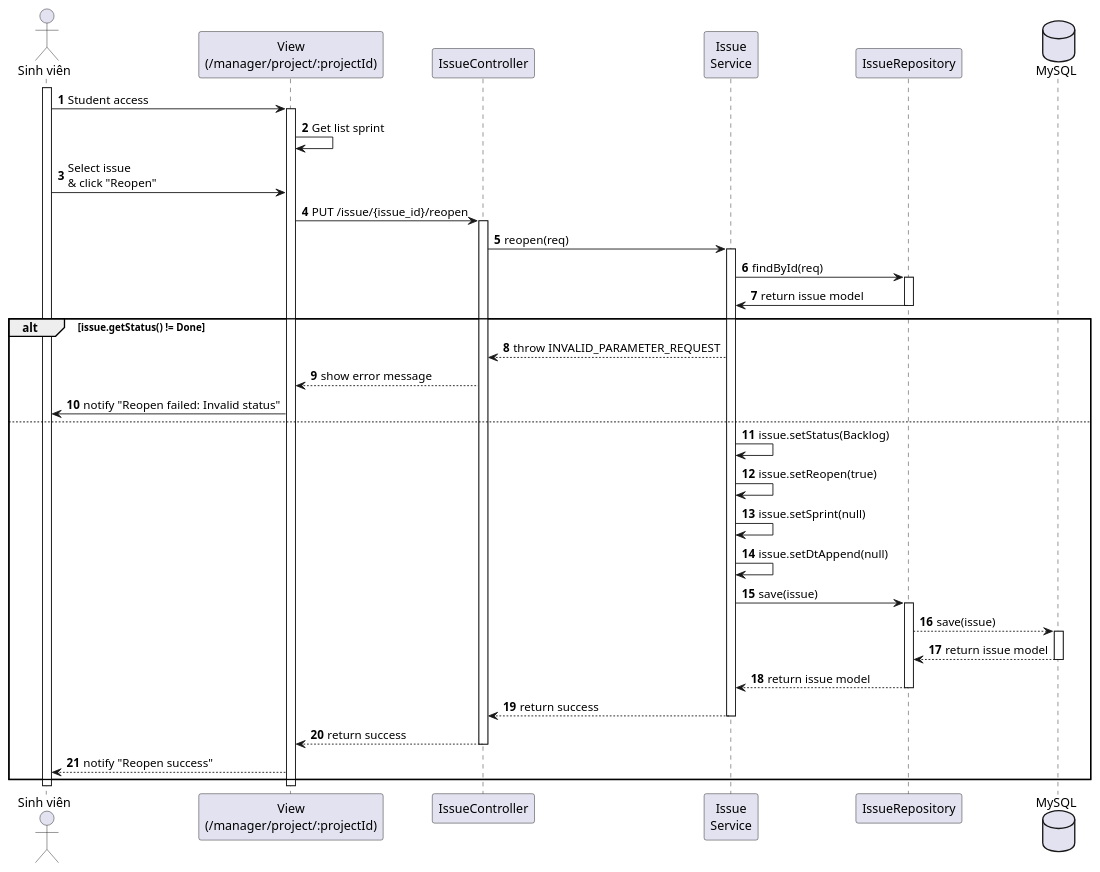
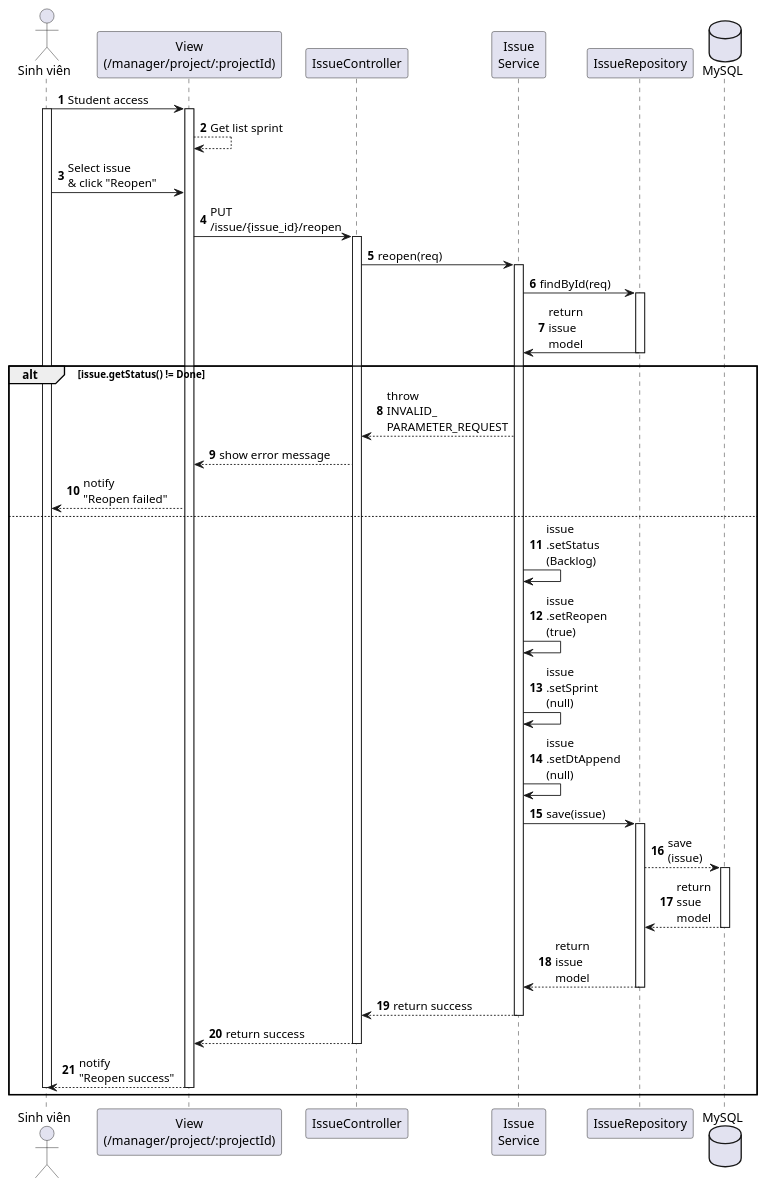
The diagram in swagger/sequence/student/issue_reopen.puml (tandang2003/KLTN-Agile-Scrum-Tuan-Duc), drawn with PlantUML before and after one commit. The commit also changed 29 other files, not shown here.

Commit message:
add sequence

```diff
--- a/swagger/sequence/student/issue_reopen.puml
+++ b/swagger/sequence/student/issue_reopen.puml
@@ -1,53 +1,53 @@
 @startuml
 autonumber
 
 actor "Sinh viên" as SV
 participant "View\n(/manager/project/:projectId)" as View
 participant "IssueController" as Controller
 participant "Issue\nService" as Service
 participant "IssueRepository" as Repo
 database "MySQL" as MySQL
 
+SV -> View : Student access
 activate SV
-SV -> View : Student access
 activate View
-View -> View : Get list sprint
+View --> View : Get list sprint
 SV -> View : Select issue \n& click "Reopen"
-View -> Controller : PUT /issue/{issue_id}/reopen
+View -> Controller : PUT \n/issue/{issue_id}/reopen
 
 activate Controller
 Controller -> Service : reopen(req)
 activate Service
 Service -> Repo: findById(req)
 activate Repo
-Repo -> Service: return issue model
+Repo -> Service: return \nissue \nmodel
 deactivate Repo
 
 alt issue.getStatus() != Done
-  Service --> Controller : throw INVALID_PARAMETER_REQUEST
+  Service --> Controller : throw\nINVALID_\nPARAMETER_REQUEST
   Controller --> View : show error message
 
-  View -> SV : notify "Reopen failed: Invalid status"
+  View --> SV : notify \n"Reopen failed"
 else
-  Service -> Service: issue.setStatus(Backlog)
-  Service -> Service: issue.setReopen(true)
-  Service -> Service: issue.setSprint(null)
-  Service -> Service: issue.setDtAppend(null)
+  Service -> Service: issue\n.setStatus\n(Backlog)
+  Service -> Service: issue\n.setReopen\n(true)
+  Service -> Service: issue\n.setSprint\n(null)
+  Service -> Service: issue\n.setDtAppend\n(null)
   Service -> Repo: save(issue)
   activate Repo
-  Repo --> MySQL :save(issue)
+  Repo --> MySQL :save\n(issue)
   activate MySQL
-  MySQL --> Repo  : return issue model
+  MySQL --> Repo  : return \nssue\nmodel
   deactivate MySQL
-  Repo --> Service: return issue model
+  Repo --> Service: return\nissue\nmodel
   deactivate Repo
   Service --> Controller: return success
   deactivate Service
   Controller --> View: return success
   deactivate Controller
-  View --> SV: notify "Reopen success"
+  View --> SV: notify\n"Reopen success"
+  deactivate View
+  deactivate SV
 end
 
-deactivate View
-deactivate SV
 @enduml
```
